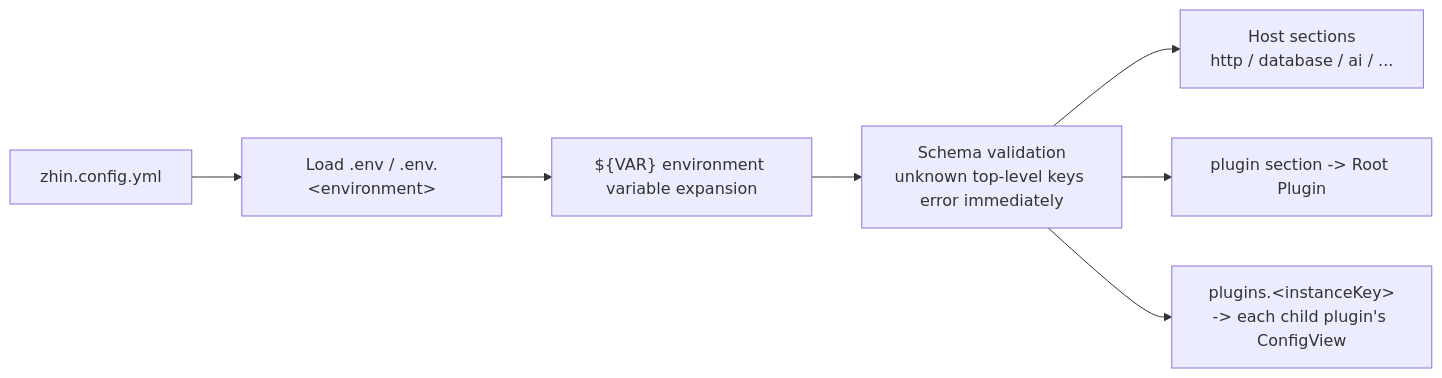
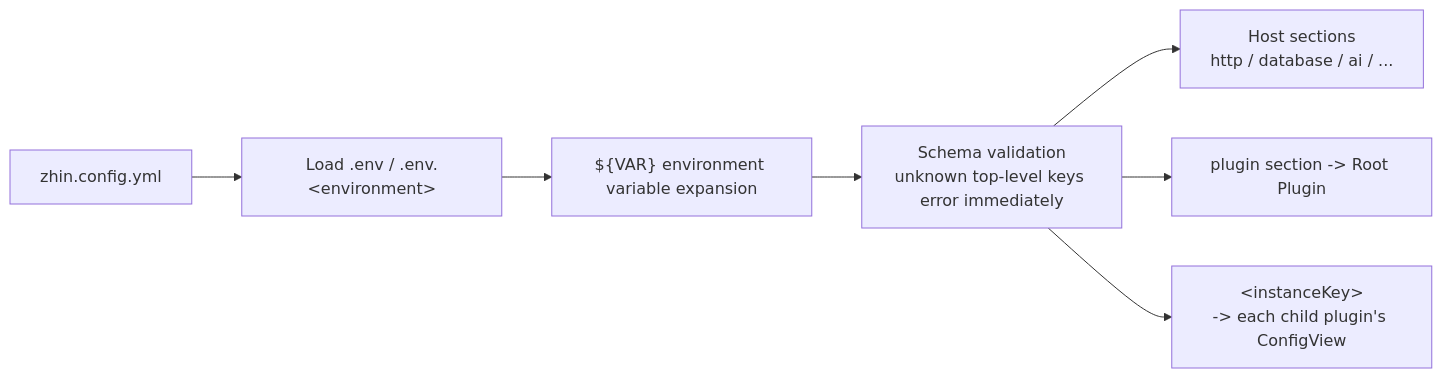
One commit to zhinjs/zhin changed the diagram in docs/en/configuration/index.md. Above: the diagram before and after it, drawn with Mermaid. The commit also changed other lines of this file and 269 other files, not shown here.

````diff
--- a/docs/en/configuration/index.md
+++ b/docs/en/configuration/index.md
@@ -54,9 +54,9 @@
 ```mermaid
 flowchart LR
     A[zhin.config.yml] --> B[Load .env / .env.&lt;environment&gt;]
     B --> C["${VAR} environment variable expansion"]
     C --> D[Schema validation<br/>unknown top-level keys error immediately]
     D --> E[Host sections<br/>http / database / ai / ...]
     D --> F[plugin section -> Root Plugin]
-    D --> G[plugins.&lt;instanceKey&gt;<br/>-> each child plugin's ConfigView]
+    D --> G[&lt;instanceKey&gt;<br/>-> each child plugin's ConfigView]
 ```
````
